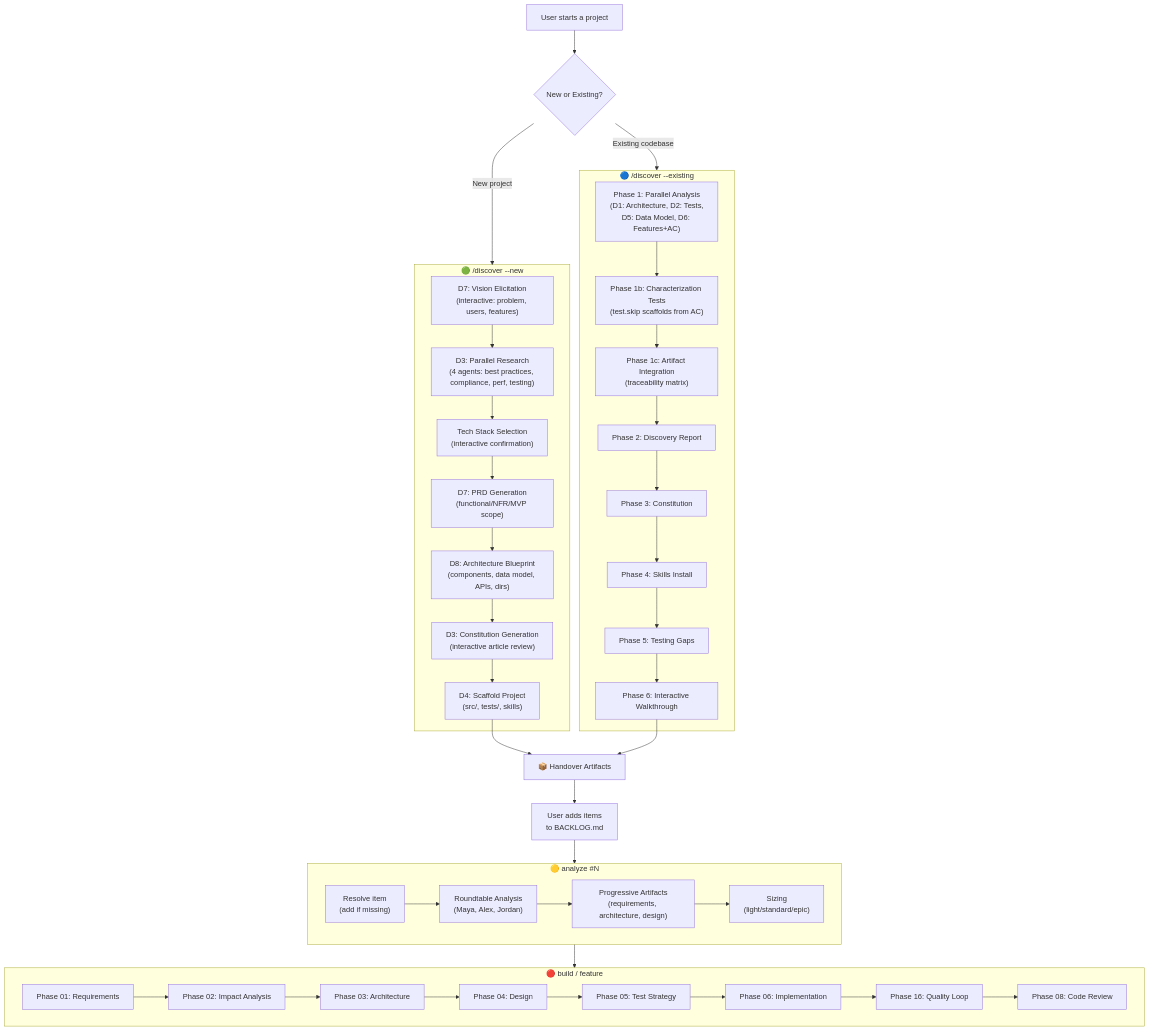
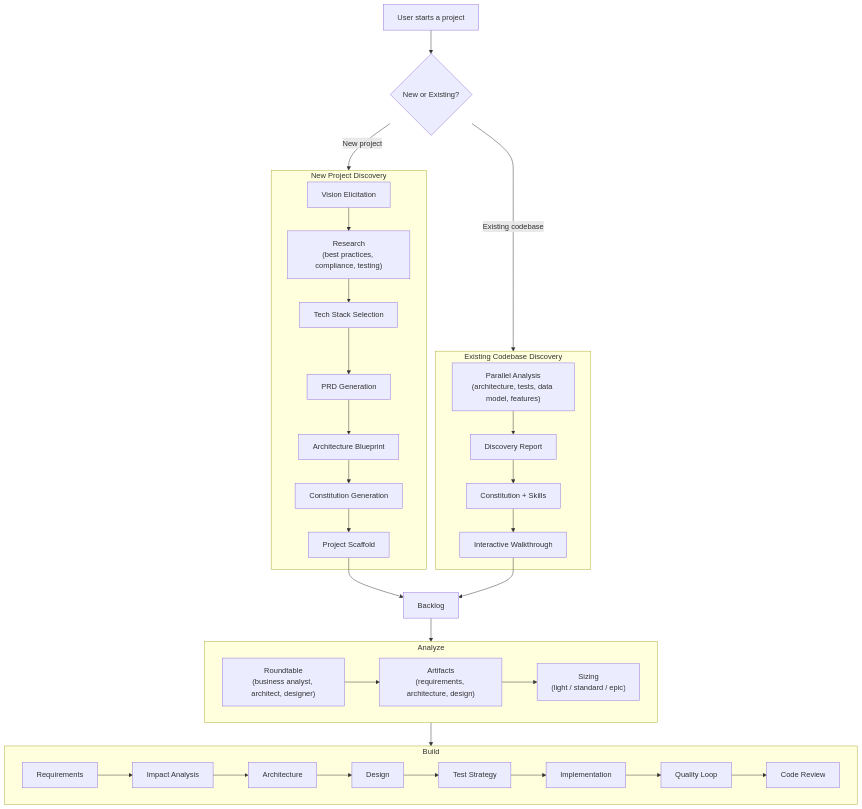
Before and after one commit to vihang-hub/isdlc-framework: the diagram in README.md, drawn with Mermaid. The commit also changed other lines of this file and 3 other files, not shown here.

````diff
--- a/README.md
+++ b/README.md
@@ -71,54 +230,48 @@
 ```mermaid
 flowchart TD
     START["User starts a project"] --> DETECT{"New or Existing?"}
-    
+
     DETECT -->|"New project"| NEW_FLOW
     DETECT -->|"Existing codebase"| EXISTING_FLOW
-    
-    subgraph NEW_FLOW["🟢 /discover --new"]
-        N1["D7: Vision Elicitation\n(interactive: problem, users, features)"] --> N2["D3: Parallel Research\n(4 agents: best practices, compliance, perf, testing)"]
-        N2 --> N3["Tech Stack Selection\n(interactive confirmation)"]
-        N3 --> N4["D7: PRD Generation\n(functional/NFR/MVP scope)"]
-        N4 --> N5["D8: Architecture Blueprint\n(components, data model, APIs, dirs)"]
-        N5 --> N6["D3: Constitution Generation\n(interactive article review)"]
-        N6 --> N7["D4: Scaffold Project\n(src/, tests/, skills)"]
+
+    subgraph NEW_FLOW["New Project Discovery"]
+        N1["Vision Elicitation"] --> N2["Research\n(best practices, compliance, testing)"]
+        N2 --> N3["Tech Stack Selection"]
+        N3 --> N4["PRD Generation"]
+        N4 --> N5["Architecture Blueprint"]
+        N5 --> N6["Constitution Generation"]
+        N6 --> N7["Project Scaffold"]
     end
 
-    subgraph EXISTING_FLOW["🔵 /discover --existing"]
-        E1["Phase 1: Parallel Analysis\n(D1: Architecture, D2: Tests,\nD5: Data Model, D6: Features+AC)"]
-        E1 --> E1b["Phase 1b: Characterization Tests\n(test.skip scaffolds from AC)"]
-        E1b --> E1c["Phase 1c: Artifact Integration\n(traceability matrix)"]
-        E1c --> E2["Phase 2: Discovery Report"]
-        E2 --> E3["Phase 3: Constitution"]
-        E3 --> E4["Phase 4: Skills Install"]
-        E4 --> E5["Phase 5: Testing Gaps"]
-        E5 --> E6["Phase 6: Interactive Walkthrough"]
+    subgraph EXISTING_FLOW["Existing Codebase Discovery"]
+        E1["Parallel Analysis\n(architecture, tests, data model, features)"]
+        E1 --> E2["Discovery Report"]
+        E2 --> E3["Constitution + Skills"]
+        E3 --> E4["Interactive Walkthrough"]
     end
 
-    N7 --> HANDOVER
-    E6 --> HANDOVER
+    N7 --> BACKLOG
+    E4 --> BACKLOG
 
-    HANDOVER["📦 Handover Artifacts"]
+    BACKLOG["Backlog"]
 
-    HANDOVER --> BACKLOG["User adds items\nto BACKLOG.md"]
-    
     BACKLOG --> ANALYZE
 
-    subgraph ANALYZE["🟡 analyze #N"]
-        A1["Resolve item\n(add if missing)"] --> A2["Roundtable Analysis\n(Maya, Alex, Jordan)"]
-        A2 --> A3["Progressive Artifacts\n(requirements, architecture, design)"]
-        A3 --> A4["Sizing\n(light/standard/epic)"]
+    subgraph ANALYZE["Analyze"]
+        A1["Roundtable\n(business analyst, architect, designer)"]
+        A1 --> A2["Artifacts\n(requirements, architecture, design)"]
+        A2 --> A3["Sizing\n(light / standard / epic)"]
     end
 
     ANALYZE --> BUILD
 
-    subgraph BUILD["🔴 build / feature"]
-        B1["Phase 01: Requirements"] --> B2["Phase 02: Impact Analysis"]
-        B2 --> B3["Phase 03: Architecture"]
-        B3 --> B4["Phase 04: Design"]
-        B4 --> B5["Phase 05: Test Strategy"]
-        B5 --> B6["Phase 06: Implementation"]
-        B6 --> B7["Phase 16: Quality Loop"]
-        B7 --> B8["Phase 08: Code Review"]
+    subgraph BUILD["Build"]
+        B1["Requirements"] --> B2["Impact Analysis"]
+        B2 --> B3["Architecture"]
+        B3 --> B4["Design"]
+        B4 --> B5["Test Strategy"]
+        B5 --> B6["Implementation"]
+        B6 --> B7["Quality Loop"]
+        B7 --> B8["Code Review"]
     end
 ```
````
